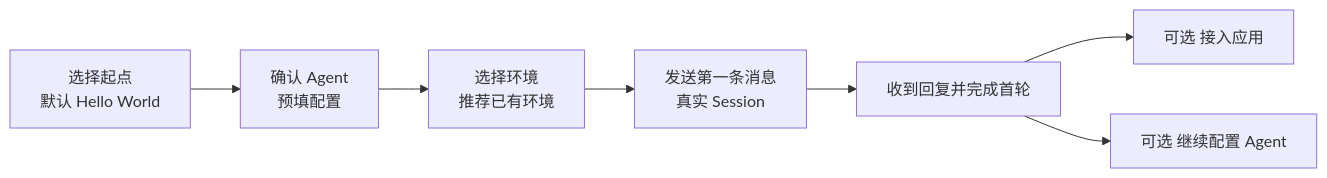
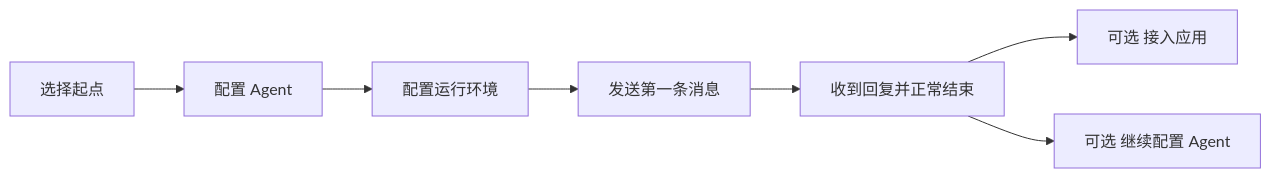
Before and after one commit to superduck-ai/open-managed-agents: the diagram in docs/design/fe/managed-agent-quickstart-simplification-research.md, drawn with Mermaid. The commit also changed other lines of this file and 5 other files, not shown here.

````diff
--- a/docs/design/fe/managed-agent-quickstart-simplification-research.md
+++ b/docs/design/fe/managed-agent-quickstart-simplification-research.md
@@ -53,9 +9,9 @@
 ```mermaid
 flowchart LR
-    A[选择起点<br/>默认 Hello World] --> B[确认 Agent<br/>预填配置]
-    B --> C[选择环境<br/>推荐已有环境]
-    C --> D[发送第一条消息<br/>真实 Session]
-    D --> E[收到回复并完成首轮]
+    A[选择起点] --> B[配置 Agent]
+    B --> C[配置运行环境]
+    C --> D[发送第一条消息]
+    D --> E[收到回复并正常结束]
     E --> F[可选 接入应用]
     E --> G[可选 继续配置 Agent]
 ```
````
